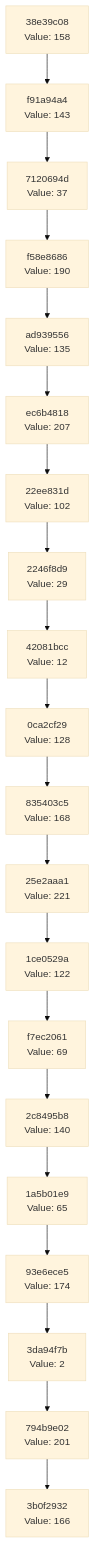
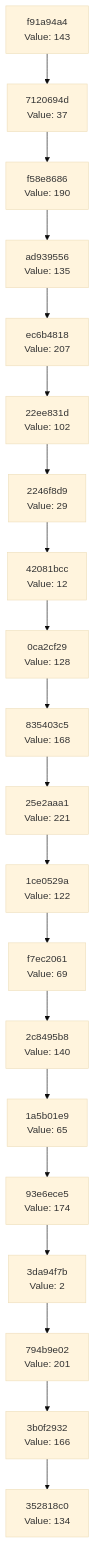
One commit to Abhisheksinha1506/hash-chain-evolver changed the diagram in docs/CHAIN_VISUALIZATION.md. Above: the diagram before and after it, drawn with Mermaid (base theme). The commit also changed 2 other files, not shown here.

Commit message:
Evolution step: hash 0x86 → action executed

````diff
--- a/docs/CHAIN_VISUALIZATION.md
+++ b/docs/CHAIN_VISUALIZATION.md
@@ -3,42 +3,42 @@
 ```mermaid
 graph TD
-    C0["3b0f2932<br/>Value: 166"]
-    C1["794b9e02<br/>Value: 201"]
+    C0["352818c0<br/>Value: 134"]
+    C1["3b0f2932<br/>Value: 166"]
     C1 --> C0
-    C2["3da94f7b<br/>Value: 2"]
+    C2["794b9e02<br/>Value: 201"]
     C2 --> C1
-    C3["93e6ece5<br/>Value: 174"]
+    C3["3da94f7b<br/>Value: 2"]
     C3 --> C2
-    C4["1a5b01e9<br/>Value: 65"]
+    C4["93e6ece5<br/>Value: 174"]
     C4 --> C3
-    C5["2c8495b8<br/>Value: 140"]
+    C5["1a5b01e9<br/>Value: 65"]
     C5 --> C4
-    C6["f7ec2061<br/>Value: 69"]
+    C6["2c8495b8<br/>Value: 140"]
     C6 --> C5
-    C7["1ce0529a<br/>Value: 122"]
+    C7["f7ec2061<br/>Value: 69"]
     C7 --> C6
-    C8["25e2aaa1<br/>Value: 221"]
+    C8["1ce0529a<br/>Value: 122"]
     C8 --> C7
-    C9["835403c5<br/>Value: 168"]
+    C9["25e2aaa1<br/>Value: 221"]
     C9 --> C8
-    C10["0ca2cf29<br/>Value: 128"]
+    C10["835403c5<br/>Value: 168"]
     C10 --> C9
-    C11["42081bcc<br/>Value: 12"]
+    C11["0ca2cf29<br/>Value: 128"]
     C11 --> C10
-    C12["2246f8d9<br/>Value: 29"]
+    C12["42081bcc<br/>Value: 12"]
     C12 --> C11
-    C13["22ee831d<br/>Value: 102"]
+    C13["2246f8d9<br/>Value: 29"]
     C13 --> C12
-    C14["ec6b4818<br/>Value: 207"]
+    C14["22ee831d<br/>Value: 102"]
     C14 --> C13
-    C15["ad939556<br/>Value: 135"]
+    C15["ec6b4818<br/>Value: 207"]
     C15 --> C14
-    C16["f58e8686<br/>Value: 190"]
+    C16["ad939556<br/>Value: 135"]
     C16 --> C15
-    C17["7120694d<br/>Value: 37"]
+    C17["f58e8686<br/>Value: 190"]
     C17 --> C16
-    C18["f91a94a4<br/>Value: 143"]
+    C18["7120694d<br/>Value: 37"]
     C18 --> C17
-    C19["38e39c08<br/>Value: 158"]
+    C19["f91a94a4<br/>Value: 143"]
     C19 --> C18
 ```
````
